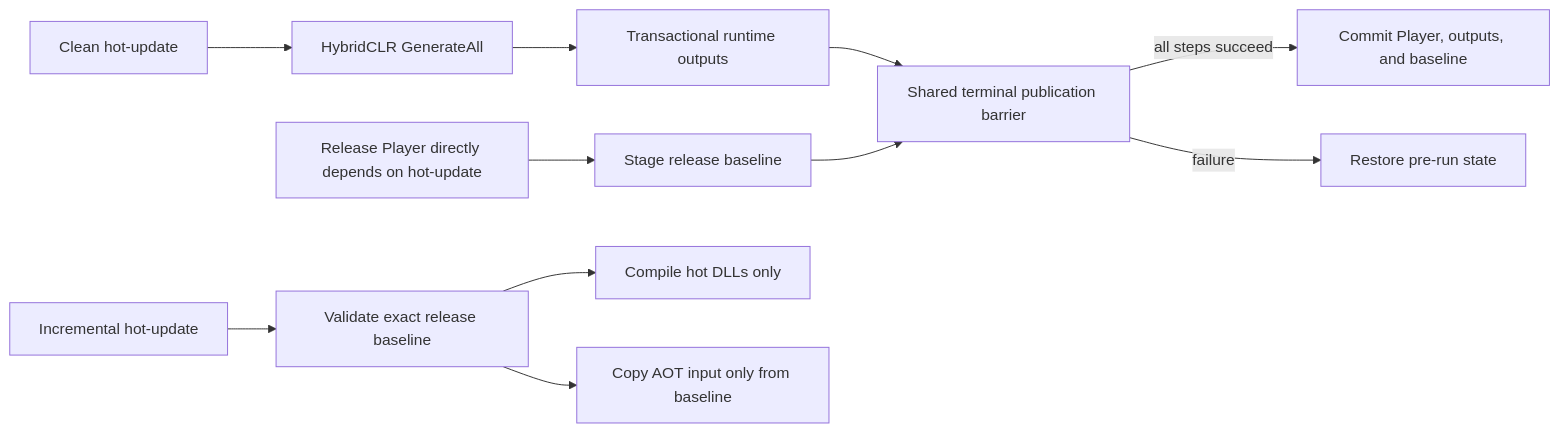
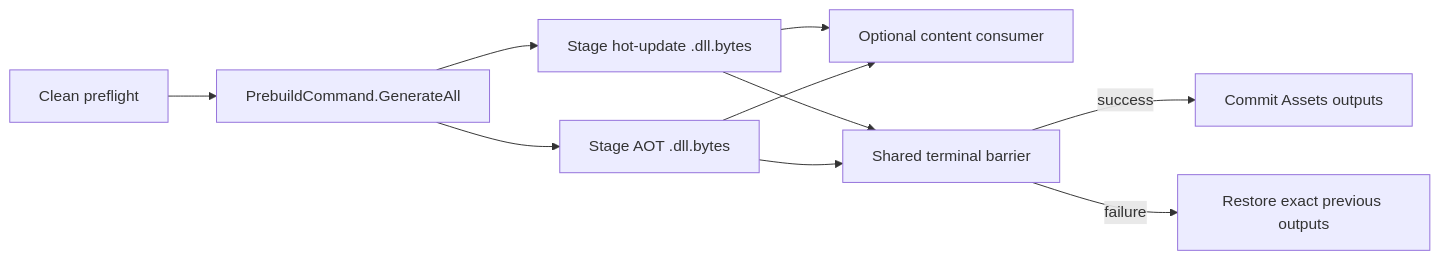
One commit to MaiKuraki/UnityStarter changed the diagram in UnityStarter/Assets/Build/Editor/BuildPipeline/Integrations/HybridCLR/README.md. Above: the diagram before and after it, drawn with Mermaid. The commit also changed other lines of this file and 19 other files, not shown here.

````diff
--- a/UnityStarter/Assets/Build/Editor/BuildPipeline/Integrations/HybridCLR/README.md
+++ b/UnityStarter/Assets/Build/Editor/BuildPipeline/Integrations/HybridCLR/README.md
@@ -20,13 +37,12 @@
 ```mermaid
 flowchart LR
-  C["Clean hot-update"] --> G["HybridCLR GenerateAll"]
-  G --> O["Transactional runtime outputs"]
-  P["Release Player directly depends on hot-update"] --> B["Stage release baseline"]
-  O --> T["Shared terminal publication barrier"]
-  B --> T
-  T -->|"all steps succeed"| K["Commit Player, outputs, and baseline"]
-  T -->|"failure"| R["Restore pre-run state"]
-  I["Incremental hot-update"] --> V["Validate exact release baseline"]
-  V --> D["Compile hot DLLs only"]
-  V --> A["Copy AOT input only from baseline"]
+    P["Clean preflight"] --> G["PrebuildCommand.GenerateAll"]
+    G --> H["Stage hot-update .dll.bytes"]
+    G --> A["Stage AOT .dll.bytes"]
+    H --> C["Optional content consumer"]
+    A --> C
+    H --> T["Shared terminal barrier"]
+    A --> T
+    T -->|"success"| K["Commit Assets outputs"]
+    T -->|"failure"| R["Restore exact previous outputs"]
 ```
````
